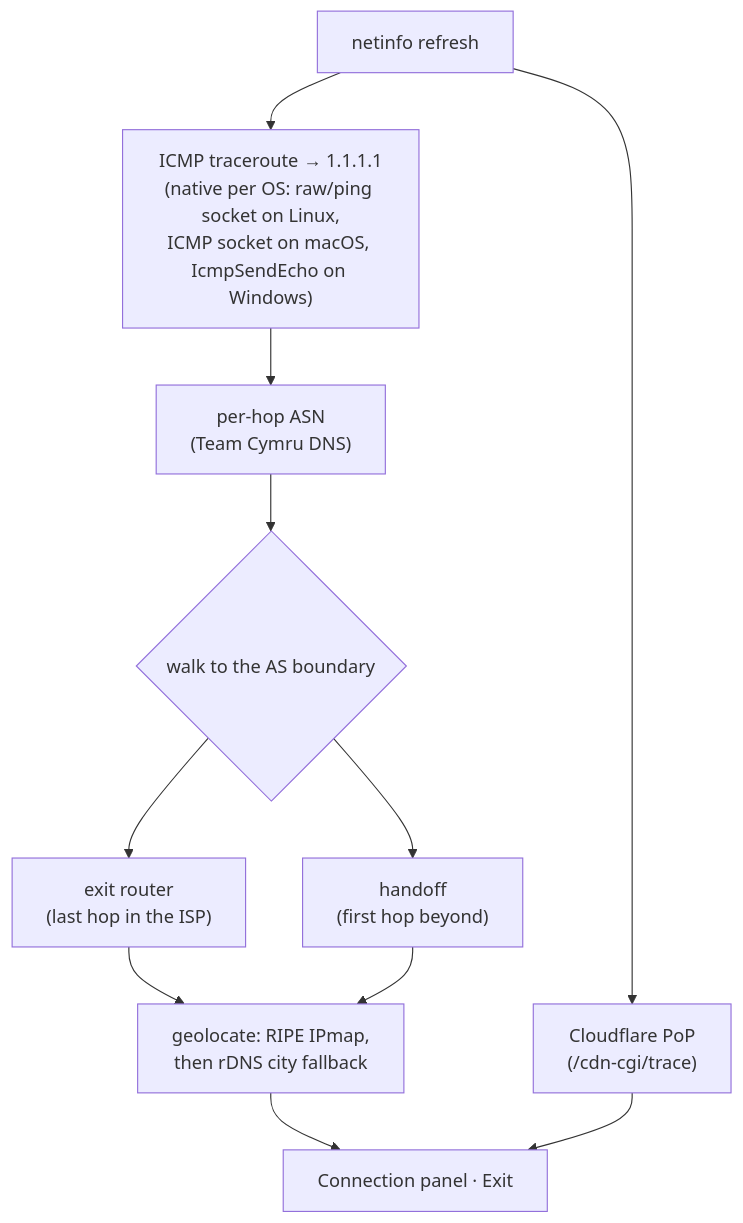
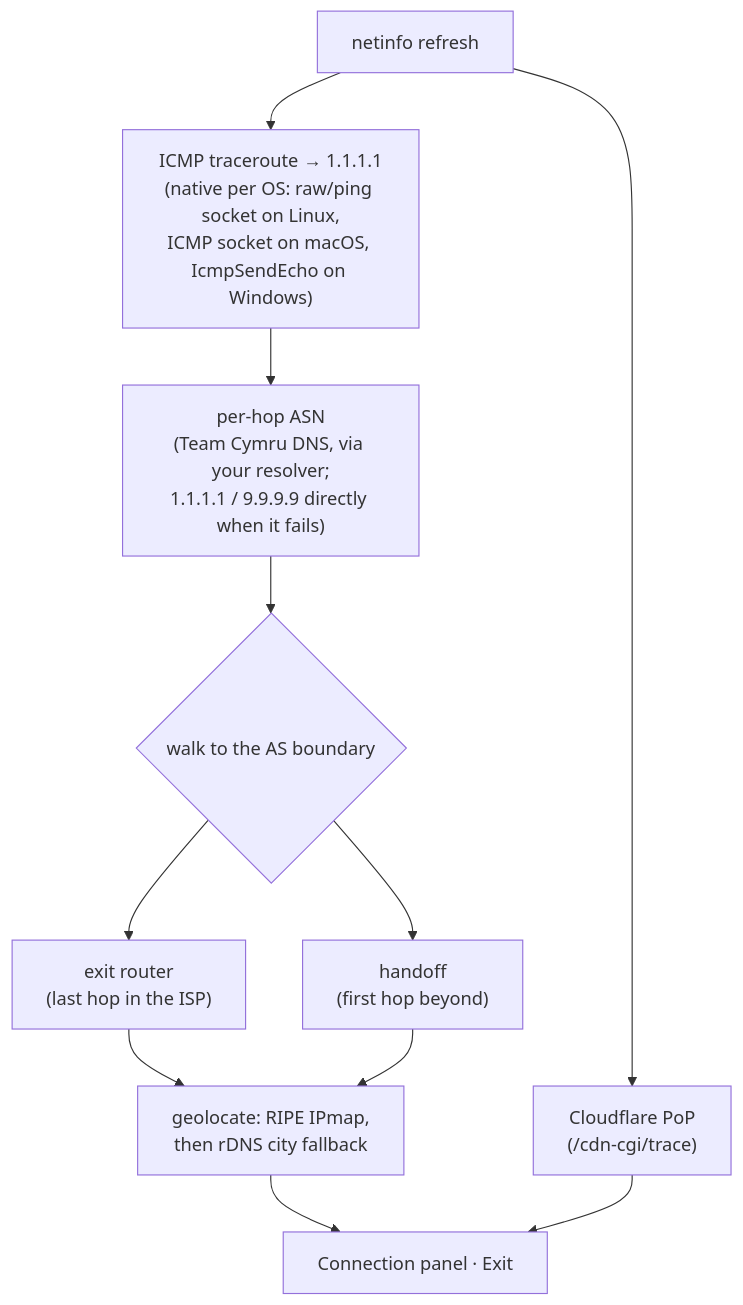
The sixth of 7 diagrams in README.md (pingular/pingularity), drawn with Mermaid before and after one commit. The commit also changed other lines of this file and 38 other files, not shown here.

````diff
--- a/README.md
+++ b/README.md
@@ -2067,13 +2178,13 @@
 ```mermaid
 flowchart TB
   refresh["netinfo refresh"] --> trace["ICMP traceroute → 1.1.1.1<br/>(native per OS: raw/ping socket on Linux,<br/>ICMP socket on macOS, IcmpSendEcho on Windows)"]
-  trace --> asn["per-hop ASN<br/>(Team Cymru DNS)"]
+  trace --> asn["per-hop ASN<br/>(Team Cymru DNS, via your resolver;<br/>1.1.1.1 / 9.9.9.9 directly when it fails)"]
   asn --> boundary{"walk to the AS boundary"}
   boundary --> exit["exit router<br/>(last hop in the ISP)"]
   boundary --> handoff["handoff<br/>(first hop beyond)"]
   exit --> geo["geolocate: RIPE IPmap,<br/>then rDNS city fallback"]
   handoff --> geo
   refresh --> colo["Cloudflare PoP<br/>(/cdn-cgi/trace)"]
   geo --> panel["Connection panel · Exit"]
   colo --> panel
 ```
````
